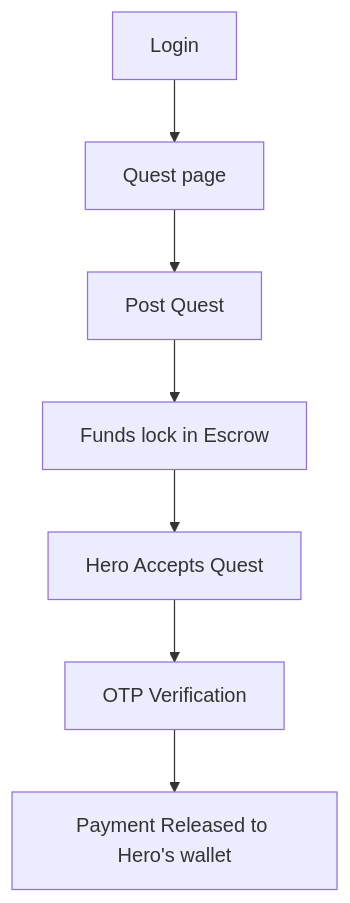
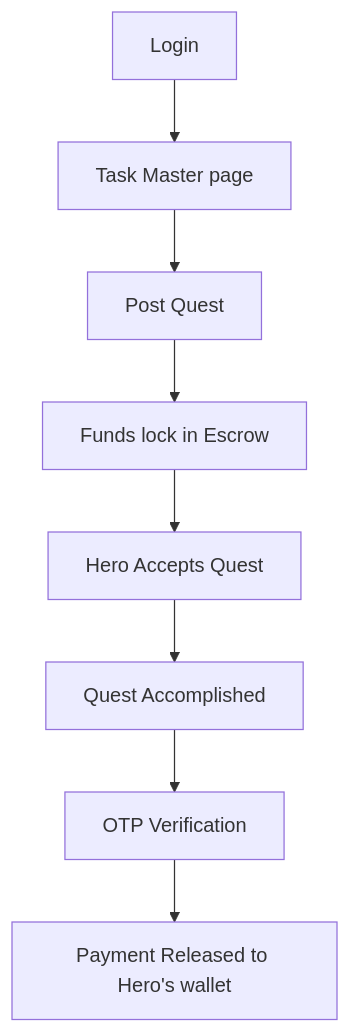
Before and after one commit to arupdhara/arup-demo: the first of 6 diagrams in TECHNICAL_ARCHITECTURE.md, drawn with Mermaid. The commit also changed other lines of this file, not shown here.

````diff
--- a/TECHNICAL_ARCHITECTURE.md
+++ b/TECHNICAL_ARCHITECTURE.md
@@ -4,9 +4,10 @@
 ```mermaid
 graph TD
-    Login[Login] --> Home[Quest page]
+    Login[Login] --> Home[Task Master page]
     Home --> Post[Post Quest]
     Post --> Escrow[Funds lock in Escrow]
     Escrow --> Hero[Hero Accepts Quest]
-    Hero --> OTP[OTP Verification]
+    Hero --> Done[Quest Accomplished]
+    Done --> OTP[OTP Verification]
     OTP --> Release[Payment Released to Hero's wallet]
 ```
````
